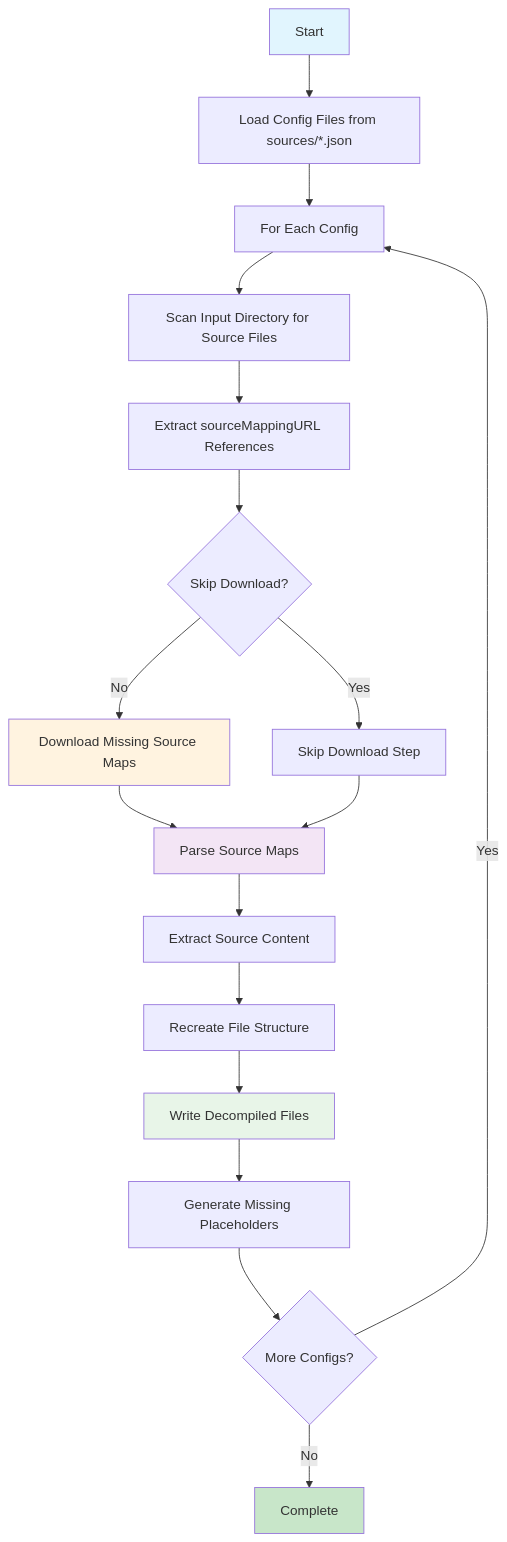
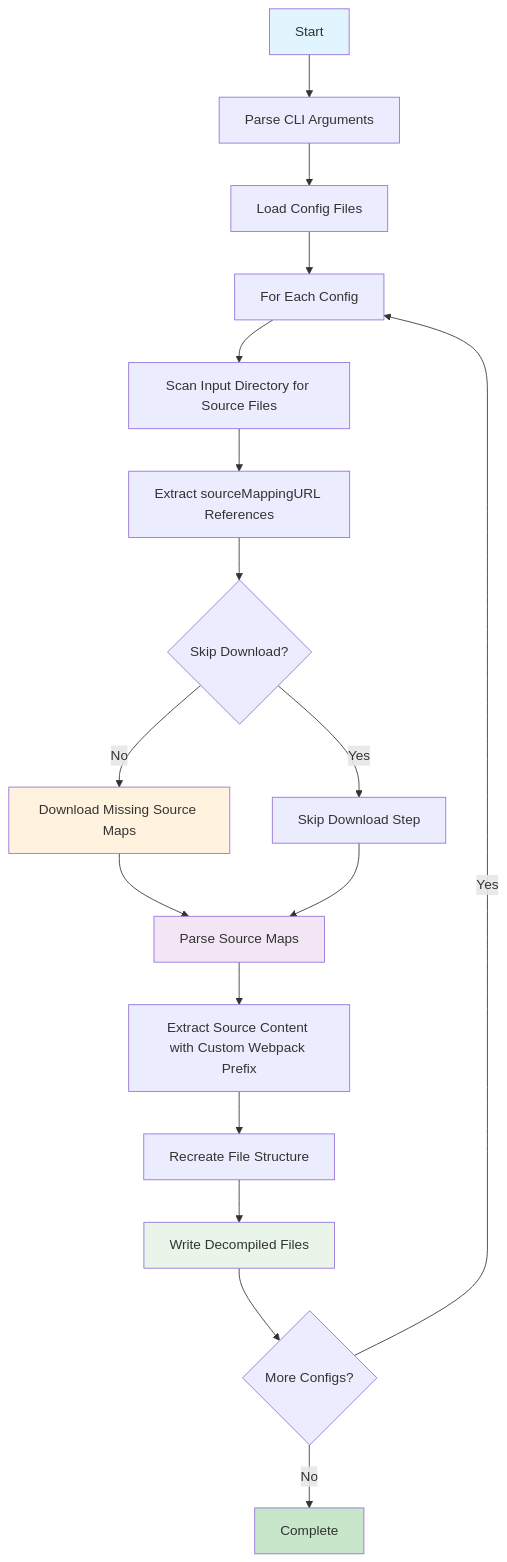
The diagram in README.md (hthai2201/webpack-source-decomplier), drawn with Mermaid before and after one commit. The commit also changed other lines of this file, not shown here.

````diff
--- a/README.md
+++ b/README.md
@@ -149,25 +179,25 @@
 ```mermaid
 graph TD
-    A[Start] --> B[Load Config Files from sources/*.json]
-    B --> C[For Each Config]
-    C --> D[Scan Input Directory for Source Files]
-    D --> E[Extract sourceMappingURL References]
-    E --> F{Skip Download?}
-    F -->|No| G[Download Missing Source Maps]
-    F -->|Yes| H[Skip Download Step]
-    G --> I[Parse Source Maps]
-    H --> I
-    I --> J[Extract Source Content]
-    J --> K[Recreate File Structure]
-    K --> L[Write Decompiled Files]
-    L --> M[Generate Missing Placeholders]
+    A[Start] --> B[Parse CLI Arguments]
+    B --> C[Load Config Files]
+    C --> D[For Each Config]
+    D --> E[Scan Input Directory for Source Files]
+    E --> F[Extract sourceMappingURL References]
+    F --> G{Skip Download?}
+    G -->|No| H[Download Missing Source Maps]
+    G -->|Yes| I[Skip Download Step]
+    H --> J[Parse Source Maps]
+    I --> J
+    J --> K[Extract Source Content with Custom Webpack Prefix]
+    K --> L[Recreate File Structure]
+    L --> M[Write Decompiled Files]
     M --> N{More Configs?}
-    N -->|Yes| C
+    N -->|Yes| D
     N -->|No| O[Complete]
 
     style A fill:#e1f5fe
     style O fill:#c8e6c9
-    style G fill:#fff3e0
-    style I fill:#f3e5f5
-    style L fill:#e8f5e8
+    style H fill:#fff3e0
+    style J fill:#f3e5f5
+    style M fill:#e8f5e8
 ```
````
